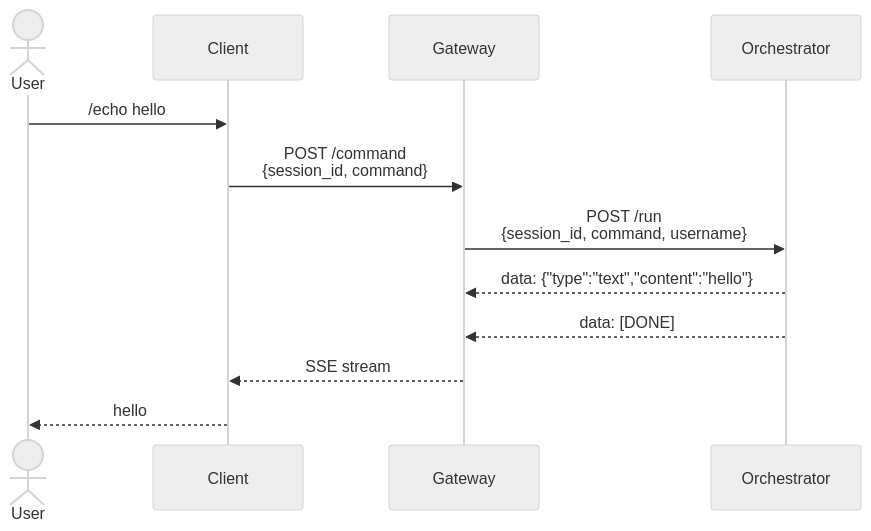
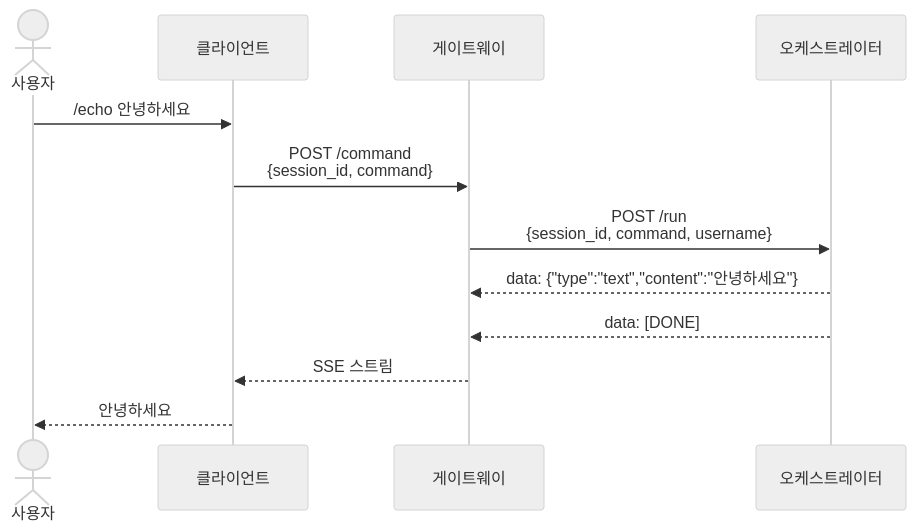
One commit to musiren/maha-claude changed the second of 4 diagrams in README.md. Above: the diagram before and after it, drawn with Mermaid (neutral theme). The commit also changed other lines of this file, not shown here.

````diff
--- a/README.md
+++ b/README.md
@@ -53,16 +53,16 @@
 ```mermaid
 sequenceDiagram
-    actor User
-    participant C as Client
-    participant G as Gateway
-    participant O as Orchestrator
+    actor 사용자
+    participant C as 클라이언트
+    participant G as 게이트웨이
+    participant O as 오케스트레이터
 
-    User->>C: /echo hello
+    사용자->>C: /echo 안녕하세요
     C->>G: POST /command<br/>{session_id, command}
     G->>O: POST /run<br/>{session_id, command, username}
 
-    O-->>G: data: {"type":"text","content":"hello"}
+    O-->>G: data: {"type":"text","content":"안녕하세요"}
     O-->>G: data: [DONE]
-    G-->>C: SSE stream
-    C-->>User: hello
+    G-->>C: SSE 스트림
+    C-->>사용자: 안녕하세요
 ```
````
